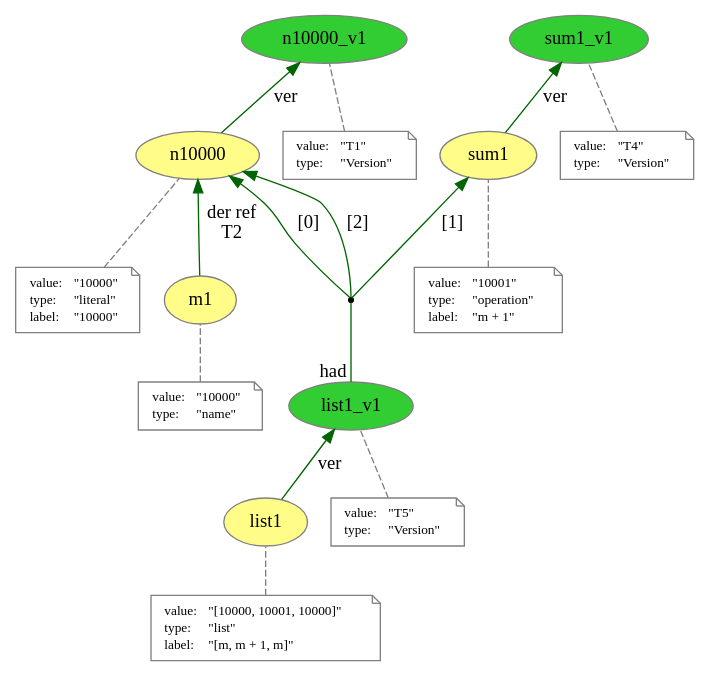
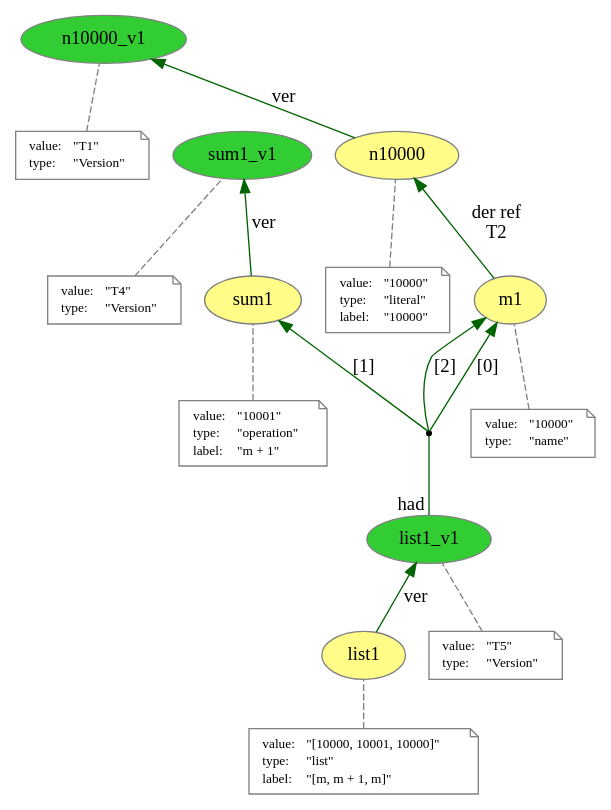
The diagram in explicit_versioned/list.dot (dew-uff/versioned-prov), drawn with Graphviz before and after one commit. The commit also changed 47 other files, not shown here.

```diff
--- a/explicit_versioned/list.dot
+++ b/explicit_versioned/list.dot
@@ -1,108 +1,108 @@
 digraph "PROV" { size="16,12"; rankdir="BT";
 "http://example.org/n10000" [fillcolor="#FFFC87",color="#808080",style="filled",label="n10000",URL="http://example.org/n10000"]
 "-attrs0" [color="gray",shape="note",fontsize="10",fontcolor="black",label=<<TABLE cellpadding="0" border="0">
 	<TR>
 	    <TD align="left">value:</TD>
 	    <TD align="left">&quot;10000&quot;</TD>
 	</TR>
 	<TR>
 	    <TD align="left">type:</TD>
 	    <TD align="left">&quot;literal&quot;</TD>
 	</TR>
 	<TR>
 	    <TD align="left">label:</TD>
 	    <TD align="left">&quot;10000&quot;</TD>
 	</TR>
 </TABLE>>]
 "-attrs0" -> "http://example.org/n10000" [color="gray",style="dashed",arrowhead="none"]
 "http://example.org/n10000_v1" [fillcolor="#32CD32",color="#808080",style="filled",label="n10000_v1",URL="http://example.org/n10000_v1"]
 "-attrs1" [color="gray",shape="note",fontsize="10",fontcolor="black",label=<<TABLE cellpadding="0" border="0">
 	<TR>
 	    <TD align="left">value:</TD>
 	    <TD align="left">&quot;T1&quot;</TD>
 	</TR>
 	<TR>
 	    <TD align="left">type:</TD>
 	    <TD align="left">&quot;Version&quot;</TD>
 	</TR>
 </TABLE>>]
 "-attrs1" -> "http://example.org/n10000_v1" [color="gray",style="dashed",arrowhead="none"]
 "http://example.org/n10000" -> "http://example.org/n10000_v1" [labelfontsize="8",labeldistance="1.5",color="darkgreen",labelangle="60.0",rotation="20",label="ver"]
 "http://example.org/m1" [fillcolor="#FFFC87",color="#808080",style="filled",label="m1",URL="http://example.org/m1"]
 "-attrs2" [color="gray",shape="note",fontsize="10",fontcolor="black",label=<<TABLE cellpadding="0" border="0">
 	<TR>
 	    <TD align="left">value:</TD>
 	    <TD align="left">&quot;10000&quot;</TD>
 	</TR>
 	<TR>
 	    <TD align="left">type:</TD>
 	    <TD align="left">&quot;name&quot;</TD>
 	</TR>
 </TABLE>>]
 "-attrs2" -> "http://example.org/m1" [color="gray",style="dashed",arrowhead="none"]
 "http://example.org/m1" -> "http://example.org/n10000" [labelfontsize="8",labeldistance="1.5",color="darkgreen",labelangle="60.0",rotation="20",label="der ref
 T2"]
 "http://example.org/sum1" [fillcolor="#FFFC87",color="#808080",style="filled",label="sum1",URL="http://example.org/sum1"]
 "-attrs3" [color="gray",shape="note",fontsize="10",fontcolor="black",label=<<TABLE cellpadding="0" border="0">
 	<TR>
 	    <TD align="left">value:</TD>
 	    <TD align="left">&quot;10001&quot;</TD>
 	</TR>
 	<TR>
 	    <TD align="left">type:</TD>
 	    <TD align="left">&quot;operation&quot;</TD>
 	</TR>
 	<TR>
 	    <TD align="left">label:</TD>
 	    <TD align="left">&quot;m + 1&quot;</TD>
 	</TR>
 </TABLE>>]
 "-attrs3" -> "http://example.org/sum1" [color="gray",style="dashed",arrowhead="none"]
 "http://example.org/sum1_v1" [fillcolor="#32CD32",color="#808080",style="filled",label="sum1_v1",URL="http://example.org/sum1_v1"]
 "-attrs4" [color="gray",shape="note",fontsize="10",fontcolor="black",label=<<TABLE cellpadding="0" border="0">
 	<TR>
 	    <TD align="left">value:</TD>
 	    <TD align="left">&quot;T4&quot;</TD>
 	</TR>
 	<TR>
 	    <TD align="left">type:</TD>
 	    <TD align="left">&quot;Version&quot;</TD>
 	</TR>
 </TABLE>>]
 "-attrs4" -> "http://example.org/sum1_v1" [color="gray",style="dashed",arrowhead="none"]
 "http://example.org/sum1" -> "http://example.org/sum1_v1" [labelfontsize="8",labeldistance="1.5",color="darkgreen",labelangle="60.0",rotation="20",label="ver"]
 "http://example.org/list1" [fillcolor="#FFFC87",color="#808080",style="filled",label="list1",URL="http://example.org/list1"]
 "-attrs5" [color="gray",shape="note",fontsize="10",fontcolor="black",label=<<TABLE cellpadding="0" border="0">
 	<TR>
 	    <TD align="left">value:</TD>
 	    <TD align="left">&quot;[10000, 10001, 10000]&quot;</TD>
 	</TR>
 	<TR>
 	    <TD align="left">type:</TD>
 	    <TD align="left">&quot;list&quot;</TD>
 	</TR>
 	<TR>
 	    <TD align="left">label:</TD>
 	    <TD align="left">&quot;[m, m + 1, m]&quot;</TD>
 	</TR>
 </TABLE>>]
 "-attrs5" -> "http://example.org/list1" [color="gray",style="dashed",arrowhead="none"]
 "http://example.org/list1_v1" [fillcolor="#32CD32",color="#808080",style="filled",label="list1_v1",URL="http://example.org/list1_v1"]
 "-attrs6" [color="gray",shape="note",fontsize="10",fontcolor="black",label=<<TABLE cellpadding="0" border="0">
 	<TR>
 	    <TD align="left">value:</TD>
 	    <TD align="left">&quot;T5&quot;</TD>
 	</TR>
 	<TR>
 	    <TD align="left">type:</TD>
 	    <TD align="left">&quot;Version&quot;</TD>
 	</TR>
 </TABLE>>]
 "-attrs6" -> "http://example.org/list1_v1" [color="gray",style="dashed",arrowhead="none"]
 "http://example.org/list1" -> "http://example.org/list1_v1" [labelfontsize="8",labeldistance="1.5",color="darkgreen",labelangle="60.0",rotation="20",label="ver"]
 "bn0" [shape="point",label=""]
 "http://example.org/list1_v1" -> "bn0" [arrowhead="none",taillabel="had",color="darkgreen"]
-"bn0" -> "http://example.org/n10000" [labelfontsize="8",labeldistance="1.5",color="darkgreen",labelangle="60.0",rotation="20",label="[0]"]
+"bn0" -> "http://example.org/m1" [labelfontsize="8",labeldistance="1.5",color="darkgreen",labelangle="60.0",rotation="20",label="[0]"]
 "bn0" -> "http://example.org/sum1" [labelfontsize="8",labeldistance="1.5",color="darkgreen",labelangle="60.0",rotation="20",label="[1]"]
-"bn0" -> "http://example.org/n10000" [labelfontsize="8",labeldistance="1.5",color="darkgreen",labelangle="60.0",rotation="20",label="[2]"]
+"bn0" -> "http://example.org/m1" [labelfontsize="8",labeldistance="1.5",color="darkgreen",labelangle="60.0",rotation="20",label="[2]"]
 }
```
